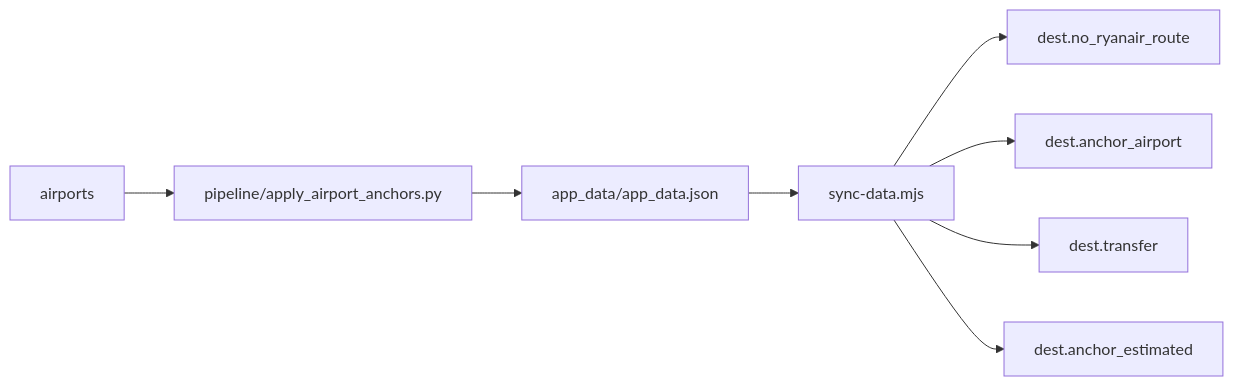
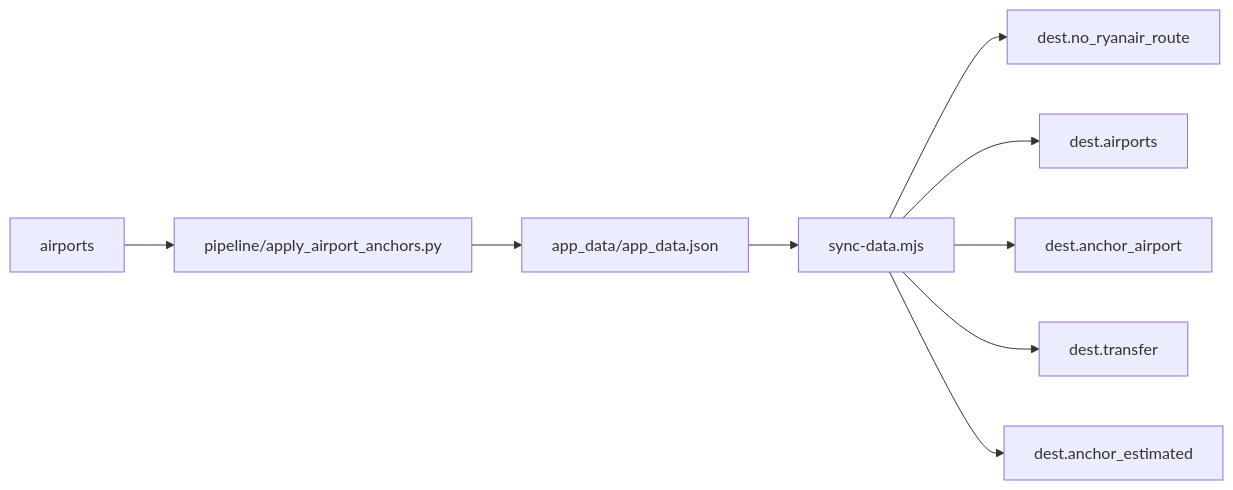
One commit to basvn123/carta-travel-app changed diagram 33 of 47 in docs/architecture/lineage.md. Above: the diagram before and after it, drawn with Mermaid. The commit also changed other lines of this file and 1 other file, not shown here.

First line of the commit message:
Lineage row for destinations.*.airports (B5, D3, T1143-a)

````diff
--- a/docs/architecture/lineage.md
+++ b/docs/architecture/lineage.md
@@ -708,18 +710,20 @@
 ```mermaid
 flowchart LR
   T_airports["airports"]
   C0["pipeline/apply_airport_anchors.py"]
   T_airports --> C0
   M["app_data/app_data.json"]
   C0 --> M
   S["sync-data.mjs"]
   M --> S
   F0["dest.no_ryanair_route"]
   S --> F0
-  F1["dest.anchor_airport"]
+  F1["dest.airports"]
   S --> F1
-  F2["dest.transfer"]
+  F2["dest.anchor_airport"]
   S --> F2
-  F3["dest.anchor_estimated"]
+  F3["dest.transfer"]
   S --> F3
+  F4["dest.anchor_estimated"]
+  S --> F4
 ```
````
